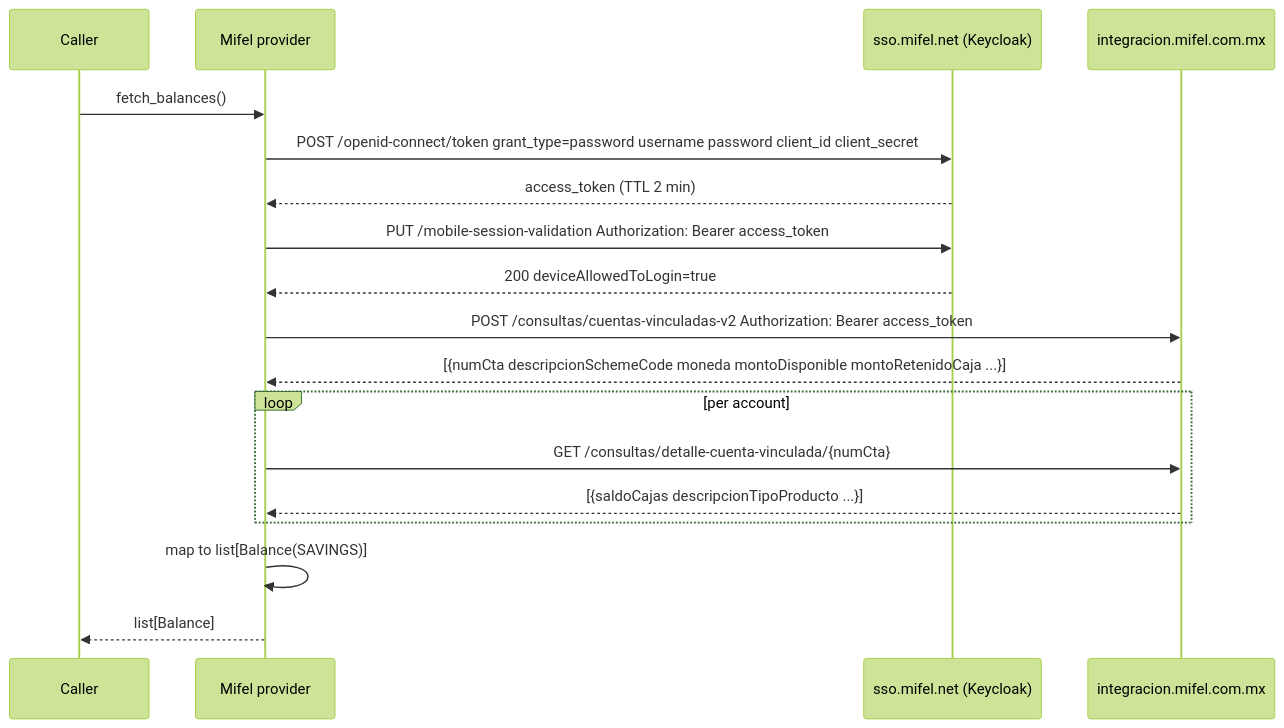
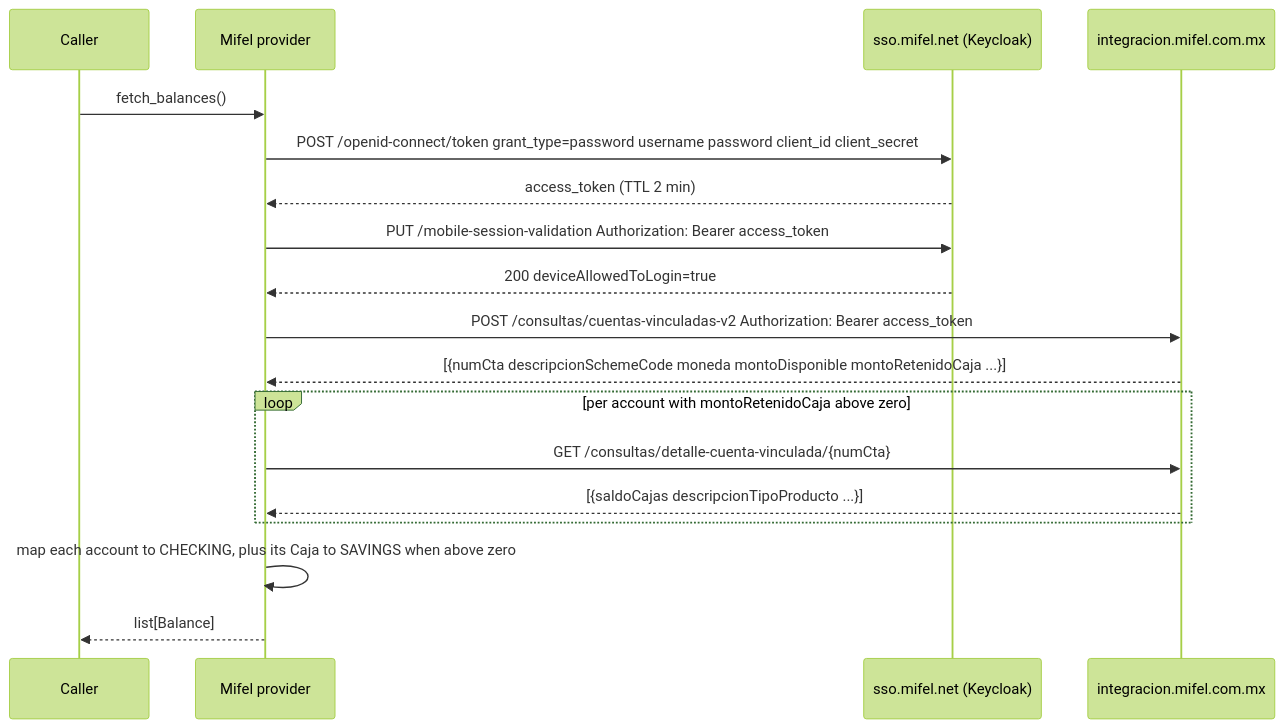
One commit to PaoloReyes/finscraper-mx changed the diagram in docs/flows/mifel.md. Above: the diagram before and after it, drawn with Mermaid (forest theme). The commit also changed other lines of this file and 23 other files, not shown here.

````diff
--- a/docs/flows/mifel.md
+++ b/docs/flows/mifel.md
@@ -18,21 +20,21 @@
 ```mermaid
 sequenceDiagram
     participant C as Caller
     participant P as Mifel provider
     participant KC as sso.mifel.net (Keycloak)
     participant I as integracion.mifel.com.mx
 
     C->>P: fetch_balances()
     P->>KC: POST /openid-connect/token  grant_type=password username password client_id client_secret
     KC-->>P: access_token (TTL 2 min)
     P->>KC: PUT /mobile-session-validation  Authorization: Bearer access_token
     KC-->>P: 200 deviceAllowedToLogin=true
     P->>I: POST /consultas/cuentas-vinculadas-v2  Authorization: Bearer access_token
     I-->>P: [{numCta descripcionSchemeCode moneda montoDisponible montoRetenidoCaja ...}]
-    loop per account
+    loop per account with montoRetenidoCaja above zero
         P->>I: GET /consultas/detalle-cuenta-vinculada/{numCta}
         I-->>P: [{saldoCajas descripcionTipoProducto ...}]
     end
-    P->>P: map to list[Balance(SAVINGS)]
+    P->>P: map each account to CHECKING, plus its Caja to SAVINGS when above zero
     P-->>C: list[Balance]
 ```
````
